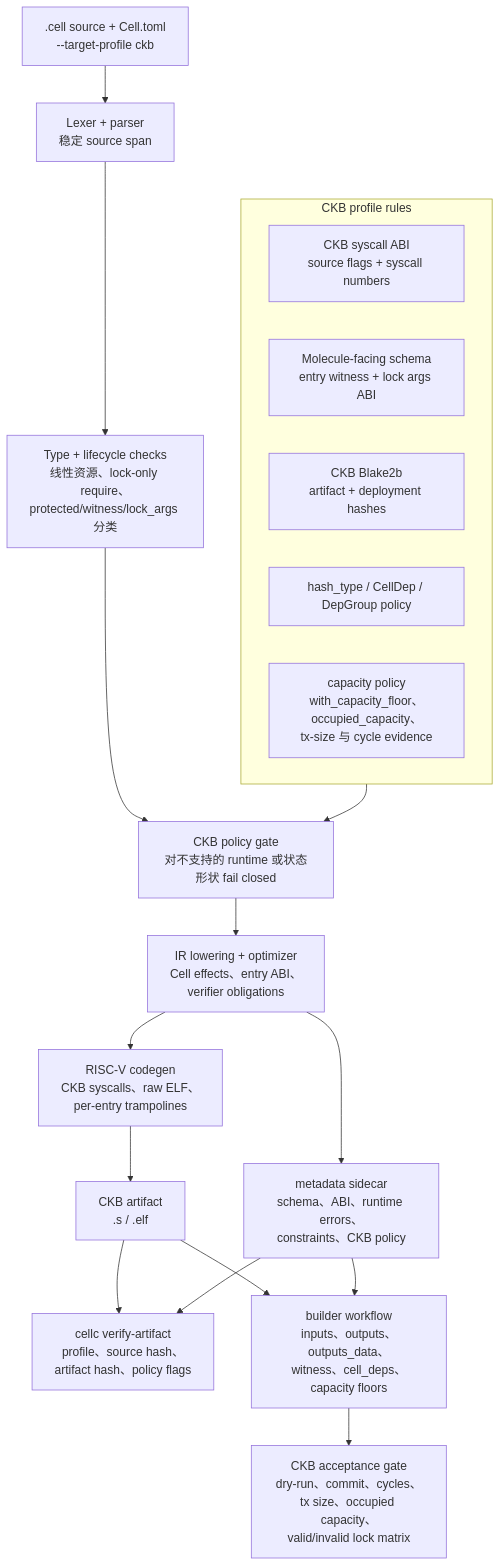
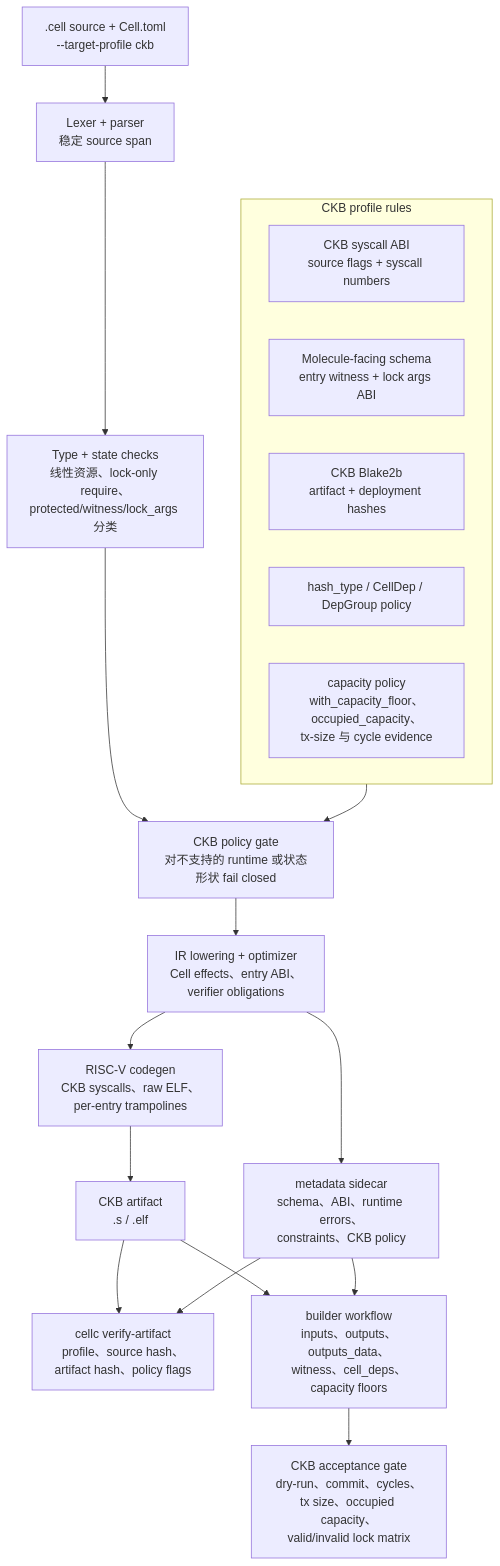
Before and after one commit to CellScript-Labs/CellScript: the second of 2 diagrams in README_CH.md, drawn with Mermaid. The commit also changed other lines of this file and 32 other files, not shown here.

````diff
--- a/README_CH.md
+++ b/README_CH.md
@@ -397,27 +397,27 @@
 ```mermaid
 flowchart TB
     Source[".cell source + Cell.toml\n--target-profile ckb"] --> Frontend["Lexer + parser\n稳定 source span"]
-    Frontend --> Semantics["Type + lifecycle checks\n线性资源、lock-only require、\nprotected/witness/lock_args 分类"]
+    Frontend --> Semantics["Type + state checks\n线性资源、lock-only require、\nprotected/witness/lock_args 分类"]
     Semantics --> Policy["CKB policy gate\n对不支持的 runtime 或状态形状 fail closed"]
 
     subgraph Rules["CKB profile rules"]
         R1["CKB syscall ABI\nsource flags + syscall numbers"]
         R2["Molecule-facing schema\nentry witness + lock args ABI"]
         R3["CKB Blake2b\nartifact + deployment hashes"]
         R4["hash_type / CellDep / DepGroup policy"]
         R5["capacity policy\nwith_capacity_floor、occupied_capacity、\ntx-size 与 cycle evidence"]
     end
 
     Rules --> Policy
     Policy --> IR["IR lowering + optimizer\nCell effects、entry ABI、\nverifier obligations"]
     IR --> Metadata["metadata sidecar\nschema、ABI、runtime errors、\nconstraints、CKB policy"]
     IR --> Codegen["RISC-V codegen\nCKB syscalls、raw ELF、\nper-entry trampolines"]
     Codegen --> Artifact["CKB artifact\n.s / .elf"]
 
     Artifact --> Verify["cellc verify-artifact\nprofile、source hash、\nartifact hash、policy flags"]
     Metadata --> Verify
 
     Artifact --> Builder["builder workflow\ninputs、outputs、outputs_data、\nwitness、cell_deps、capacity floors"]
     Metadata --> Builder
     Builder --> Acceptance["CKB acceptance gate\ndry-run、commit、cycles、\ntx size、occupied capacity、\nvalid/invalid lock matrix"]
 ```
````
